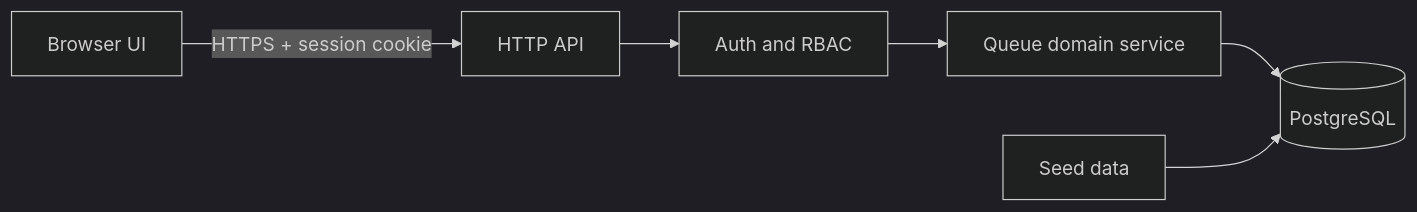
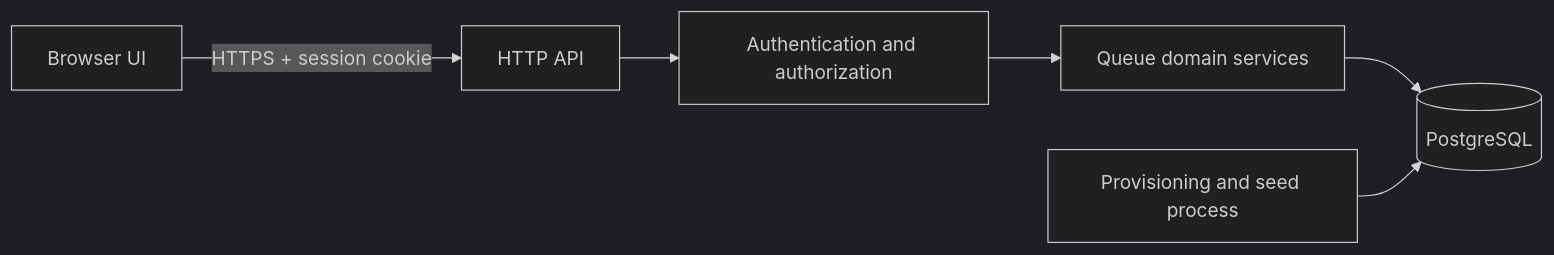
One commit to TeekhathatTT/CPE334-QMS changed the diagram in docs/system-sds.md. Above: the diagram before and after it, drawn with Mermaid (dark theme). The commit also changed other lines of this file and 1 other file, not shown here.

````diff
--- a/docs/system-sds.md
+++ b/docs/system-sds.md
@@ -7,8 +9,8 @@
 ```mermaid
 flowchart LR
   UI[Browser UI] -->|HTTPS + session cookie| API[HTTP API]
-  API --> AUTH[Auth and RBAC]
-  AUTH --> DOMAIN[Queue domain service]
+  API --> AUTH[Authentication and authorization]
+  AUTH --> DOMAIN[Queue domain services]
   DOMAIN --> DB[(PostgreSQL)]
-  SEED[Seed data] --> DB
+  SEED[Provisioning and seed process] --> DB
 ```
````
